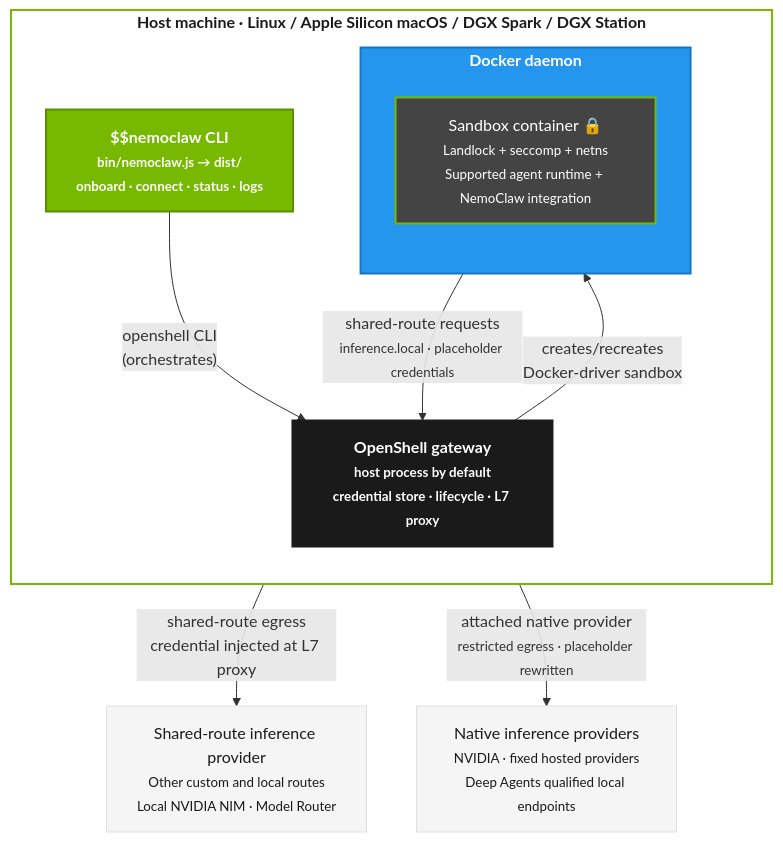
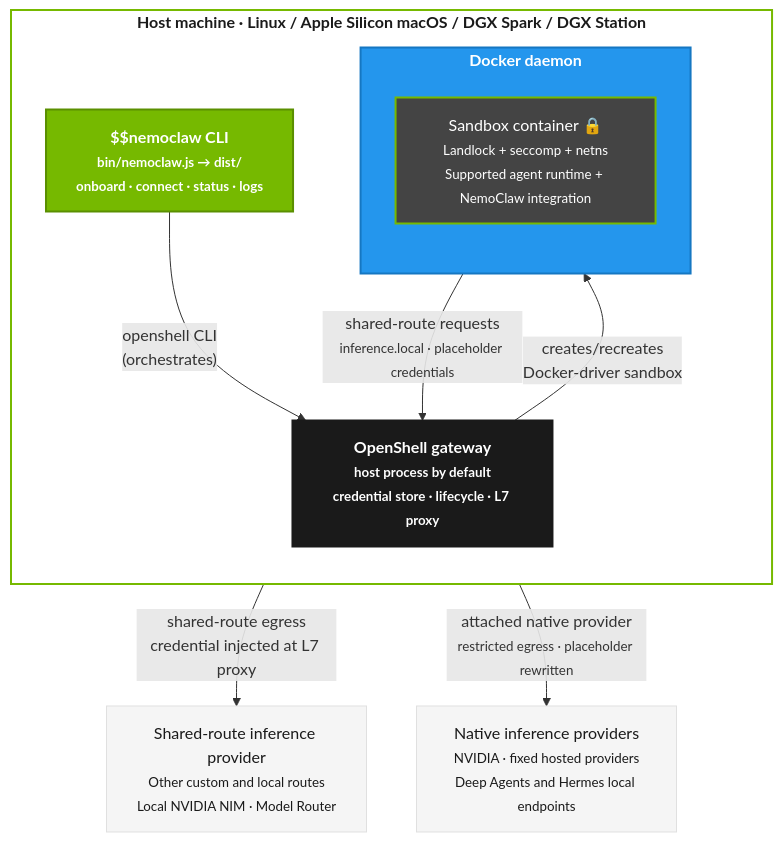
One commit to 1-DARK/NemoClaw changed the second of 3 diagrams in docs/reference/architecture.mdx. Above: the diagram before and after it, drawn with Mermaid. The commit also changed other lines of this file and 128 other files, not shown here.

First line of the commit message:
fix(hermes): preserve issued native-local credential references (#13292)

````diff
--- a/docs/reference/architecture.mdx
+++ b/docs/reference/architecture.mdx
@@ -154,34 +154,34 @@
 ```mermaid
 graph TB
     classDef host fill:#fff,stroke:#76b900,stroke-width:2px,color:#1a1a1a,font-weight:bold
     classDef cli fill:#76b900,stroke:#5a8f00,color:#fff,stroke-width:2px,font-weight:bold
     classDef docker fill:#2496ed,stroke:#1577c2,color:#fff,stroke-width:2px,font-weight:bold
     classDef gateway fill:#1a1a1a,stroke:#1a1a1a,color:#fff,stroke-width:2px,font-weight:bold
     classDef sandbox fill:#444,stroke:#76b900,color:#fff,stroke-width:2px
     classDef external fill:#f5f5f5,stroke:#e0e0e0,color:#1a1a1a,stroke-width:1px
 
     subgraph HOST["Host machine · Linux / Apple Silicon macOS / DGX Spark / DGX Station"]
         direction TB
         CLI["$$nemoclaw CLI<br/><small>bin/nemoclaw.js → dist/<br/>onboard · connect · status · logs</small>"]:::cli
         GW["OpenShell gateway<br/><small>host process by default<br/>credential store · lifecycle · L7 proxy</small>"]:::gateway
 
         subgraph DOCKER["Docker daemon"]
             direction TB
             SANDBOX["Sandbox container 🔒<br/><small>Landlock + seccomp + netns<br/>Supported agent runtime + NemoClaw integration</small>"]:::sandbox
         end
     end
 
     SHARED_INFER["Shared-route inference provider<br/><small>Other custom and local routes<br/>Local NVIDIA NIM · Model Router</small>"]:::external
-    NVIDIA_INFER["Native inference providers<br/><small>NVIDIA · fixed hosted providers<br/>Deep Agents qualified local endpoints</small>"]:::external
+    NVIDIA_INFER["Native inference providers<br/><small>NVIDIA · fixed hosted providers<br/>Deep Agents and Hermes local endpoints</small>"]:::external
 
     CLI -->|"openshell CLI<br/>(orchestrates)"| GW
     GW -->|"creates/recreates<br/>Docker-driver sandbox"| SANDBOX
     SANDBOX -->|"shared-route requests<br/><small>inference.local · placeholder credentials</small>"| GW
     GW -->|"shared-route egress<br/>credential injected at L7 proxy"| SHARED_INFER
     SANDBOX -->|"attached native provider<br/><small>restricted egress · placeholder rewritten</small>"| NVIDIA_INFER
 
     class HOST host
     class DOCKER docker
     class GW gateway
     class SANDBOX sandbox
 ```
````
